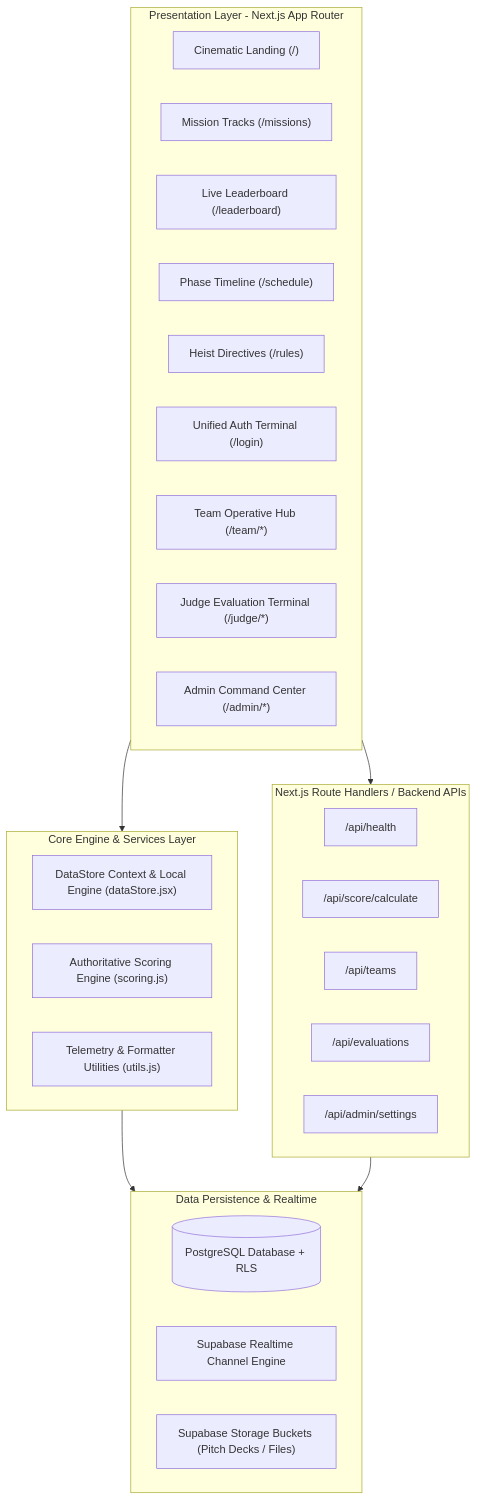
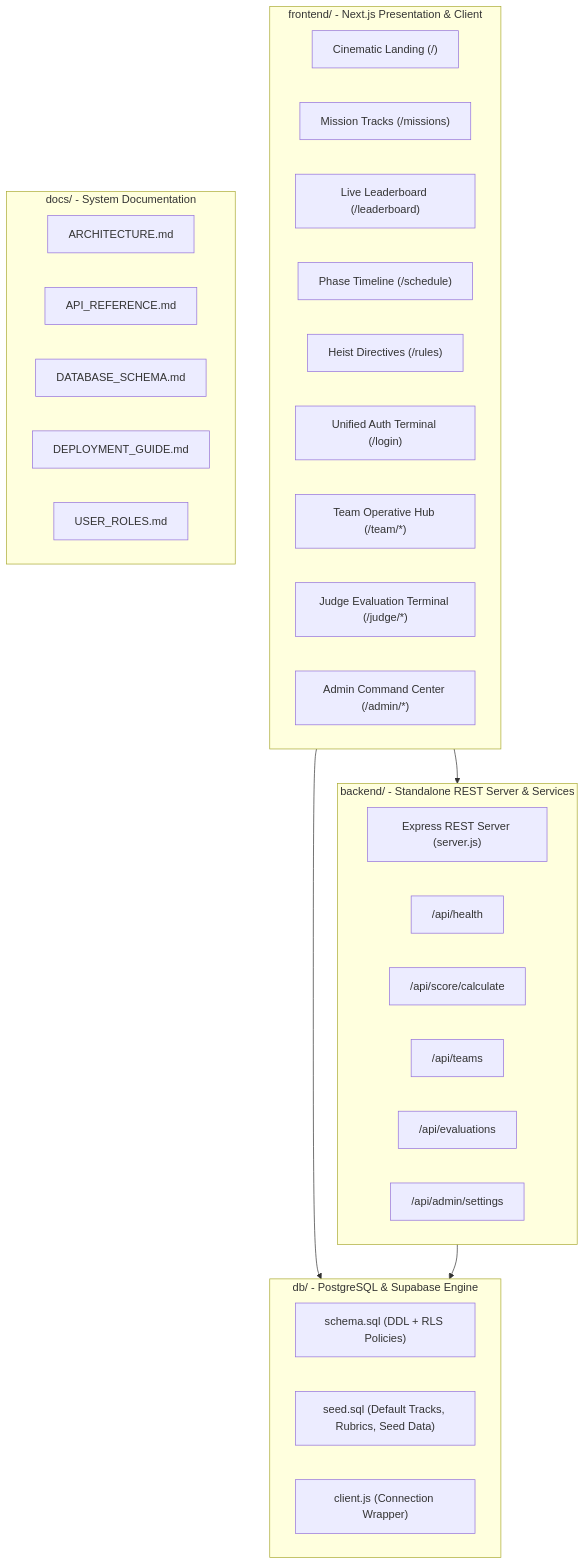
One commit to anureddyb20/judging changed the diagram in docs/ARCHITECTURE.md. Above: the diagram before and after it, drawn with Mermaid. The commit also changed other lines of this file and 63 other files, not shown here.

Commit message:
feat: initialize VICEVERSE platform with modular frontend, backend, db, and docs architecture

````diff
--- a/docs/ARCHITECTURE.md
+++ b/docs/ARCHITECTURE.md
@@ -5,40 +5,42 @@
 ```mermaid
 graph TD
-    subgraph Frontend [Presentation Layer - Next.js App Router]
+    subgraph FrontendApp [frontend/ - Next.js Presentation & Client]
         Landing["Cinematic Landing (/)"]
         Missions["Mission Tracks (/missions)"]
         Leaderboard["Live Leaderboard (/leaderboard)"]
         Schedule["Phase Timeline (/schedule)"]
         Rules["Heist Directives (/rules)"]
         Login["Unified Auth Terminal (/login)"]
         
         TeamPortal["Team Operative Hub (/team/*)"]
         JudgeTerminal["Judge Evaluation Terminal (/judge/*)"]
         AdminCenter["Admin Command Center (/admin/*)"]
     end
 
-    subgraph BusinessLogic [Core Engine & Services Layer]
-        DataStore["DataStore Context & Local Engine (dataStore.jsx)"]
-        ScoringEngine["Authoritative Scoring Engine (scoring.js)"]
-        Utils["Telemetry & Formatter Utilities (utils.js)"]
-    end
-
-    subgraph BackendAPIs [Next.js Route Handlers / Backend APIs]
+    subgraph BackendServices [backend/ - Standalone REST Server & Services]
+        Server["Express REST Server (server.js)"]
         HealthAPI["/api/health"]
         ScoreAPI["/api/score/calculate"]
         TeamsAPI["/api/teams"]
         EvalsAPI["/api/evaluations"]
         SettingsAPI["/api/admin/settings"]
     end
 
-    subgraph DatabaseLayer [Data Persistence & Realtime]
-        SupaPostgres[(PostgreSQL Database + RLS)]
-        SupaRealtime["Supabase Realtime Channel Engine"]
-        SupaStorage["Supabase Storage Buckets (Pitch Decks / Files)"]
+    subgraph DatabaseLayer [db/ - PostgreSQL & Supabase Engine]
+        Schema["schema.sql (DDL + RLS Policies)"]
+        Seed["seed.sql (Default Tracks, Rubrics, Seed Data)"]
+        Client["client.js (Connection Wrapper)"]
     end
 
-    Frontend --> BusinessLogic
-    Frontend --> BackendAPIs
-    BusinessLogic --> DatabaseLayer
-    BackendAPIs --> DatabaseLayer
+    subgraph DocsSuite [docs/ - System Documentation]
+        ArchDoc["ARCHITECTURE.md"]
+        ApiDoc["API_REFERENCE.md"]
+        DbDoc["DATABASE_SCHEMA.md"]
+        DeployDoc["DEPLOYMENT_GUIDE.md"]
+        RolesDoc["USER_ROLES.md"]
+    end
+
+    FrontendApp --> BackendServices
+    FrontendApp --> DatabaseLayer
+    BackendServices --> DatabaseLayer
 ```
````
